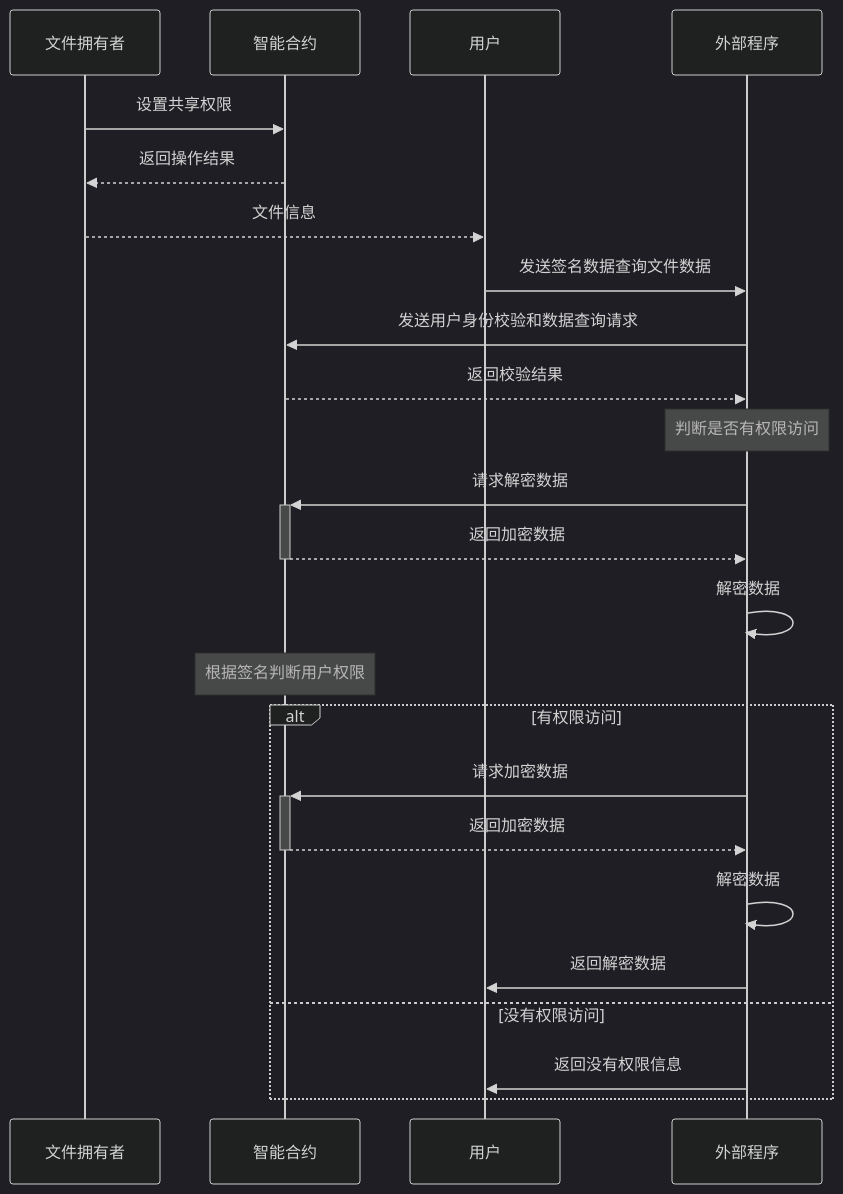
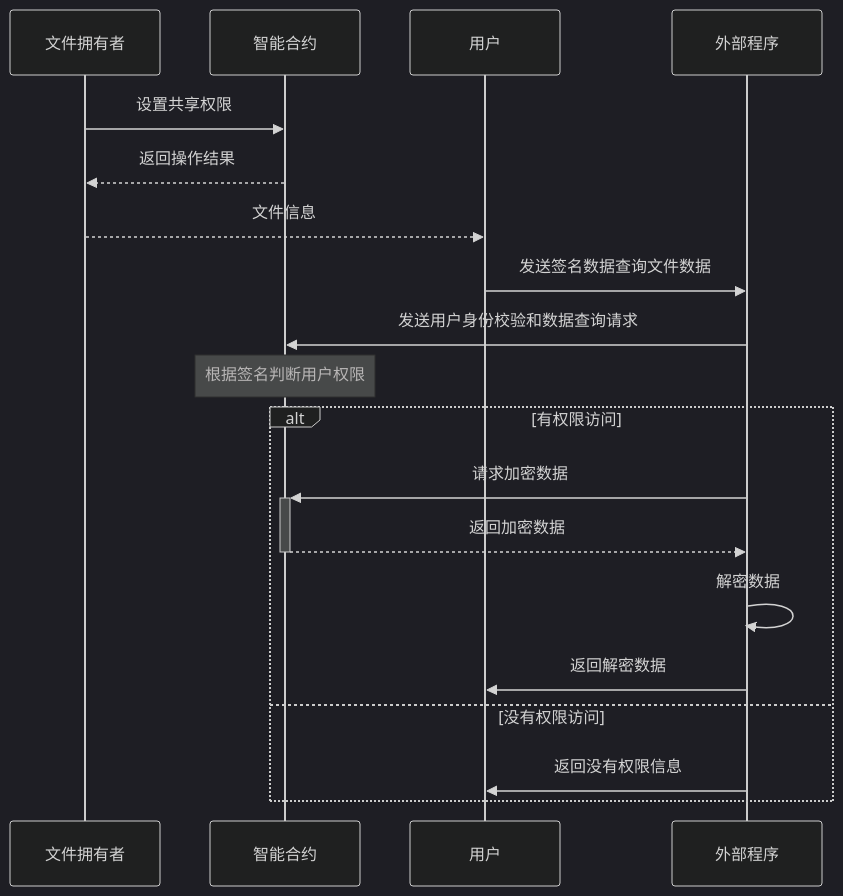
Before and after one commit to MoyunRz/store-data: the fifth of 5 diagrams in doc/合约存取共享.md, drawn with Mermaid (dark theme).

Commit message:
时序图

````diff
--- a/doc/合约存取共享.md
+++ b/doc/合约存取共享.md
@@ -102,28 +102,22 @@
 ```mermaid
 sequenceDiagram
     participant A as 文件拥有者
     participant B as 智能合约
     participant C as 用户
     participant D as 外部程序
 
     A->>B: 设置共享权限
     B-->>A: 返回操作结果
     A-->>C: 文件信息
     C->>D: 发送签名数据查询文件数据
     D->>B: 发送用户身份校验和数据查询请求
-    B-->>D: 返回校验结果
-    Note over D: 判断是否有权限访问
-    D->>+B: 请求解密数据
-    B-->>-D: 返回加密数据
-    D->>D: 解密数据
     Note over B: 根据签名判断用户权限
     alt 有权限访问
         D->>+B: 请求加密数据
         B-->>-D: 返回加密数据
         D->>D: 解密数据
         D->>C: 返回解密数据
     else 没有权限访问
         D->>C: 返回没有权限信息
     end
-
 ```
````
